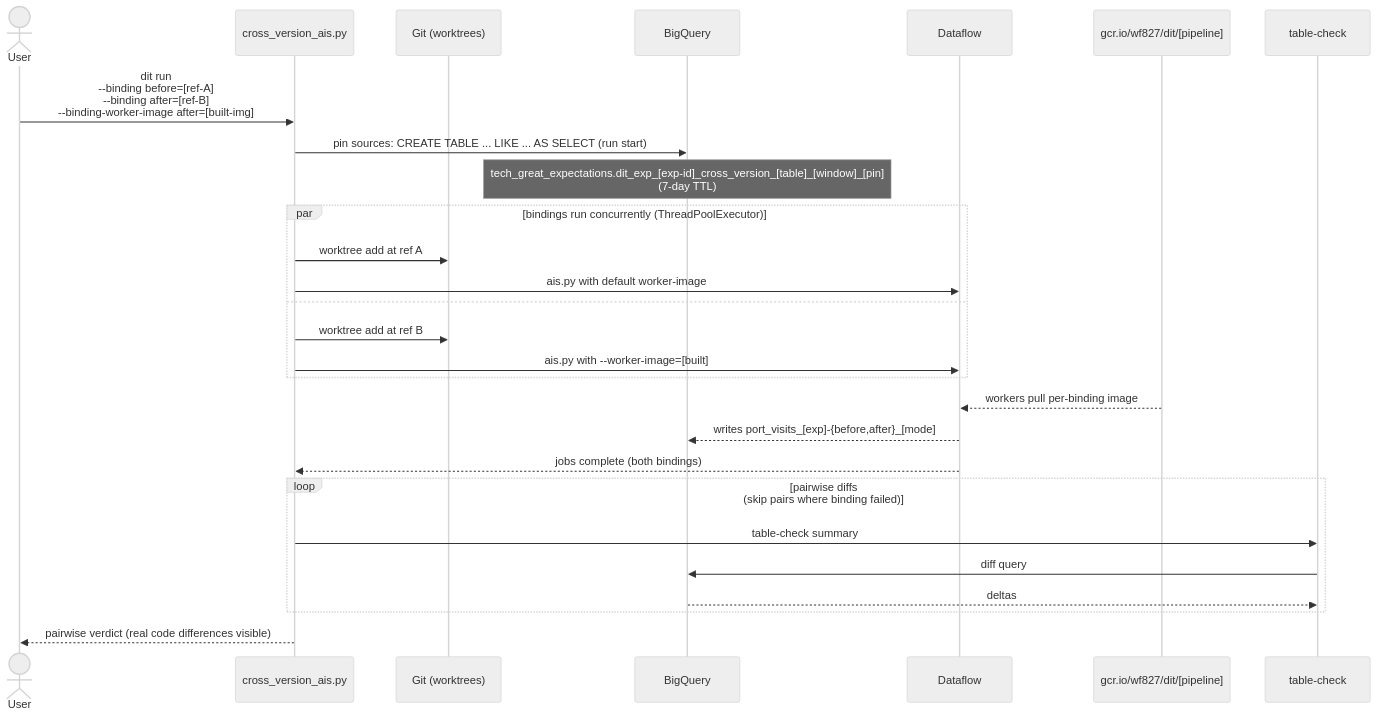
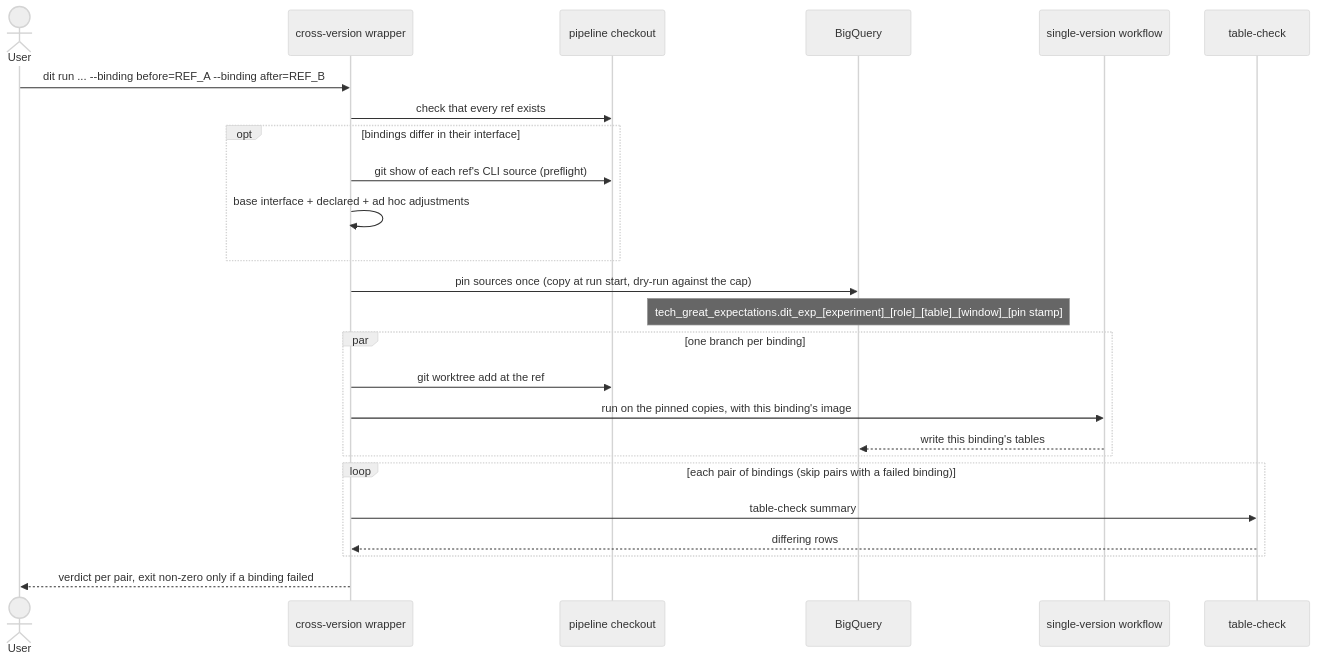
The fourth of 9 diagrams in docs/architecture.md (GlobalFishingWatch/data-integration-tests), drawn with Mermaid (neutral theme) before and after one commit. The commit also changed other lines of this file and 12 other files, not shown here.

First line of the commit message:
docs: explain DIT as a framework; README as a one-page overview and index (#105)

````diff
--- a/docs/architecture.md
+++ b/docs/architecture.md
@@ -134,33 +195,30 @@
 ```mermaid
 sequenceDiagram
     actor U as User
-    participant XV as cross_version_ais.py
-    participant Git as Git (worktrees)
+    participant XV as cross-version wrapper
+    participant Git as pipeline checkout
     participant BQ as BigQuery
-    participant DF as Dataflow
-    participant AR as gcr.io/wf827/dit/[pipeline]
+    participant R as single-version workflow
     participant TIC as table-check
 
-    U->>XV: dit run<br/>--binding before=[ref-A]<br/>--binding after=[ref-B]<br/>--binding-worker-image after=[built-img]
-    XV->>BQ: pin sources: CREATE TABLE ... LIKE ... AS SELECT (run start)
-    Note over BQ: tech_great_expectations.dit_exp_[exp-id]_cross_version_[table]_[window]_[pin]<br/>(7-day TTL)
+    U->>XV: dit run ... --binding before=REF_A --binding after=REF_B
+    XV->>Git: check that every ref exists
+    opt bindings differ in their interface
+        XV->>Git: git show of each ref's CLI source (preflight)
+        XV->>XV: base interface + declared + ad hoc adjustments
+    end
+    XV->>BQ: pin sources once (copy at run start, dry-run against the cap)
+    Note over BQ: tech_great_expectations.dit_exp_[experiment]_[role]_[table]_[window]_[pin stamp]
 
-    par bindings run concurrently (ThreadPoolExecutor)
-        XV->>Git: worktree add at ref A
-        XV->>DF: ais.py with default worker-image
-        and
-        XV->>Git: worktree add at ref B
-        XV->>DF: ais.py with --worker-image=[built]
+    par one branch per binding
+        XV->>Git: git worktree add at the ref
+        XV->>R: run on the pinned copies, with this binding's image
+        R-->>BQ: write this binding's tables
     end
 
-    AR-->>DF: workers pull per-binding image
-    DF-->>BQ: writes port_visits_[exp]-{before,after}_[mode]
-    DF-->>XV: jobs complete (both bindings)
-
-    loop pairwise diffs<br/>(skip pairs where binding failed)
+    loop each pair of bindings (skip pairs with a failed binding)
         XV->>TIC: table-check summary
-        TIC->>BQ: diff query
-        BQ-->>TIC: deltas
+        TIC-->>XV: differing rows
     end
-    XV-->>U: pairwise verdict (real code differences visible)
+    XV-->>U: verdict per pair, exit non-zero only if a binding failed
 ```
````
